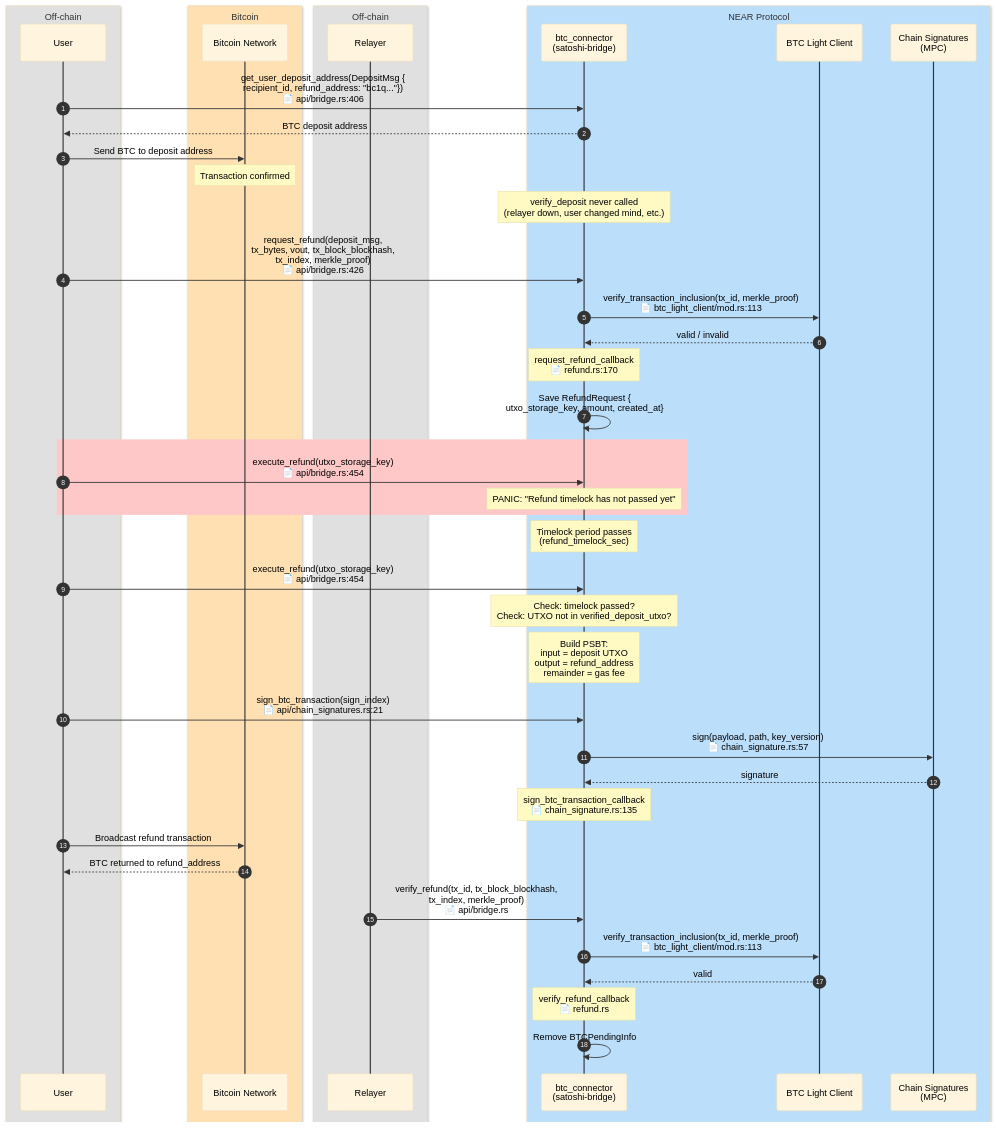
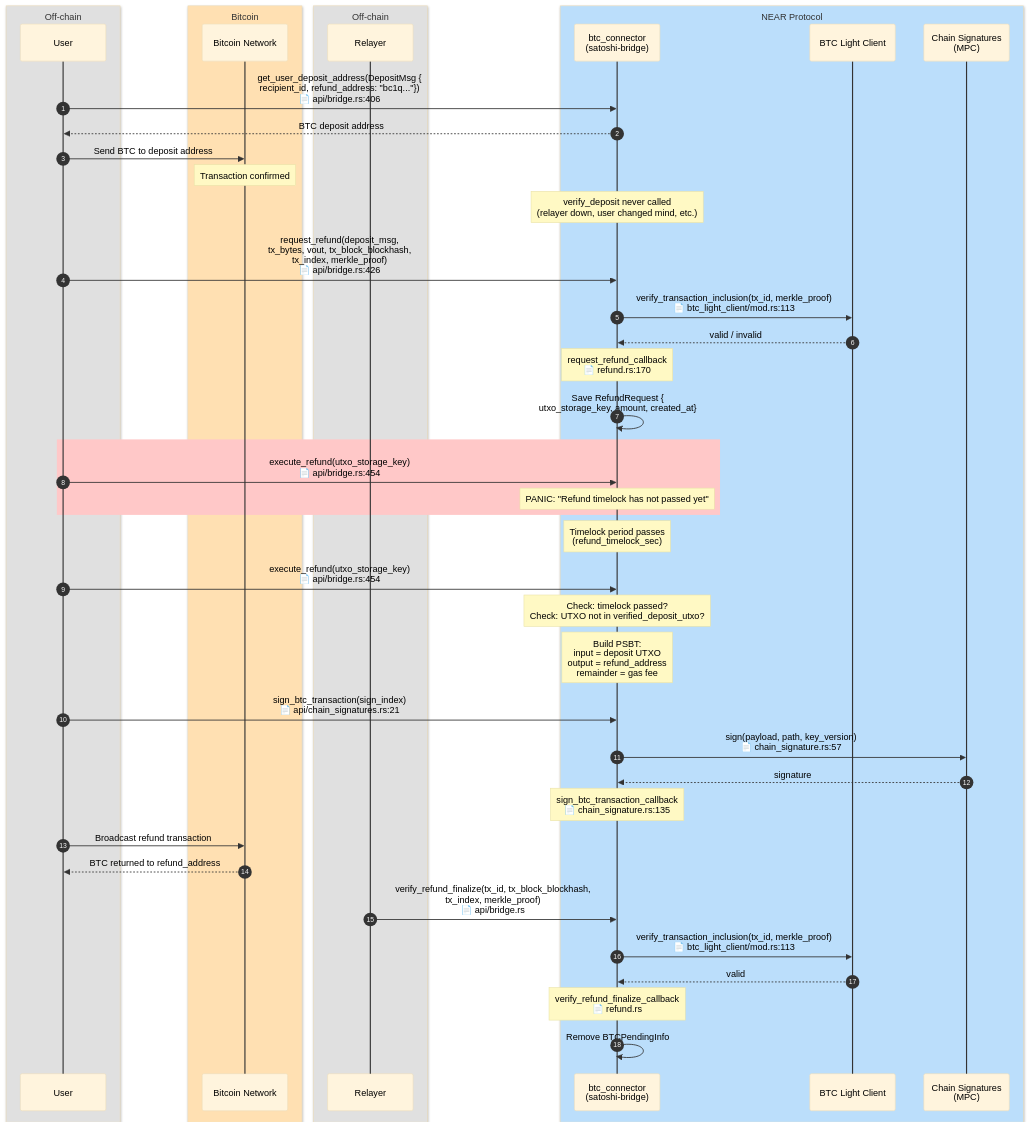
The diagram in doc/refund-flow.md (Near-One/btc-bridge), drawn with Mermaid before and after one commit. The commit also changed other lines of this file and 7 other files, not shown here.

````diff
--- a/doc/refund-flow.md
+++ b/doc/refund-flow.md
@@ -25,67 +25,67 @@
 ```mermaid
 %%{init: {'theme': 'base', 'themeVariables': {'actorTextColor': '#000000', 'actorLineColor': '#333333', 'signalColor': '#333333', 'signalTextColor': '#000000', 'noteBkgColor': '#fff9c4', 'noteTextColor': '#000000', 'messageFontSize': '14px'}}}%%
 sequenceDiagram
     autonumber
 
     box rgb(224, 224, 224) Off-chain
         participant U as User
     end
 
     box rgb(255, 224, 178) Bitcoin
         participant BTC as Bitcoin Network
     end
 
     box rgb(224, 224, 224) Off-chain
         participant R as Relayer
     end
 
     box rgb(187, 222, 251) NEAR Protocol
         participant B as btc_connector<br/>(satoshi-bridge)
         participant LC as BTC Light Client
         participant MPC as Chain Signatures<br/>(MPC)
     end
 
     U->>B: get_user_deposit_address(DepositMsg {<br/>recipient_id, refund_address: "bc1q..."})<br/>📄 api/bridge.rs:406
     B-->>U: BTC deposit address
 
     U->>BTC: Send BTC to deposit address
     Note over BTC: Transaction confirmed
     Note over B: verify_deposit never called<br/>(relayer down, user changed mind, etc.)
 
     U->>B: request_refund(deposit_msg,<br/>tx_bytes, vout, tx_block_blockhash,<br/>tx_index, merkle_proof)<br/>📄 api/bridge.rs:426
 
     B->>LC: verify_transaction_inclusion(tx_id, merkle_proof)<br/>📄 btc_light_client/mod.rs:113
     LC-->>B: valid / invalid
 
     Note over B: request_refund_callback<br/>📄 refund.rs:170
     B->>B: Save RefundRequest {<br/>utxo_storage_key, amount, created_at}
 
     rect rgb(255, 200, 200)
         U->>B: execute_refund(utxo_storage_key)<br/>📄 api/bridge.rs:454
         Note over B: PANIC: "Refund timelock has not passed yet"
     end
 
     Note over B: Timelock period passes<br/>(refund_timelock_sec)
 
     U->>B: execute_refund(utxo_storage_key)<br/>📄 api/bridge.rs:454
     Note over B: Check: timelock passed?<br/>Check: UTXO not in verified_deposit_utxo?
     Note over B: Build PSBT:<br/>input = deposit UTXO<br/>output = refund_address<br/>remainder = gas fee
 
     U->>B: sign_btc_transaction(sign_index)<br/>📄 api/chain_signatures.rs:21
 
     B->>MPC: sign(payload, path, key_version)<br/>📄 chain_signature.rs:57
     MPC-->>B: signature
 
     Note over B: sign_btc_transaction_callback<br/>📄 chain_signature.rs:135
 
     U->>BTC: Broadcast refund transaction
     BTC-->>U: BTC returned to refund_address
 
-    R->>B: verify_refund(tx_id, tx_block_blockhash,<br/>tx_index, merkle_proof)<br/>📄 api/bridge.rs
+    R->>B: verify_refund_finalize(tx_id, tx_block_blockhash,<br/>tx_index, merkle_proof)<br/>📄 api/bridge.rs
 
     B->>LC: verify_transaction_inclusion(tx_id, merkle_proof)<br/>📄 btc_light_client/mod.rs:113
     LC-->>B: valid
 
-    Note over B: verify_refund_callback<br/>📄 refund.rs
+    Note over B: verify_refund_finalize_callback<br/>📄 refund.rs
     B->>B: Remove BTCPendingInfo
 ```
````
